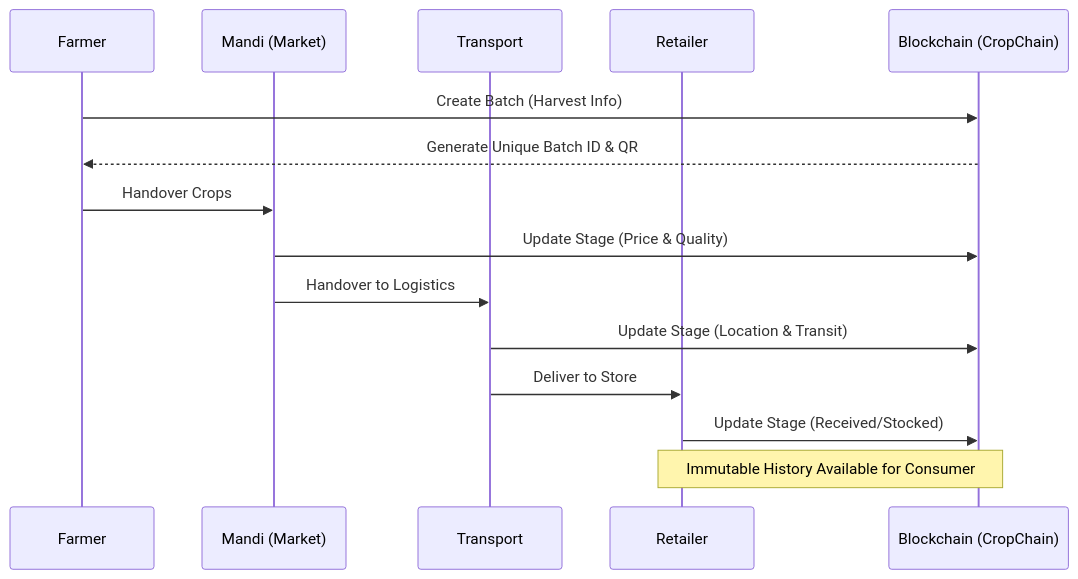
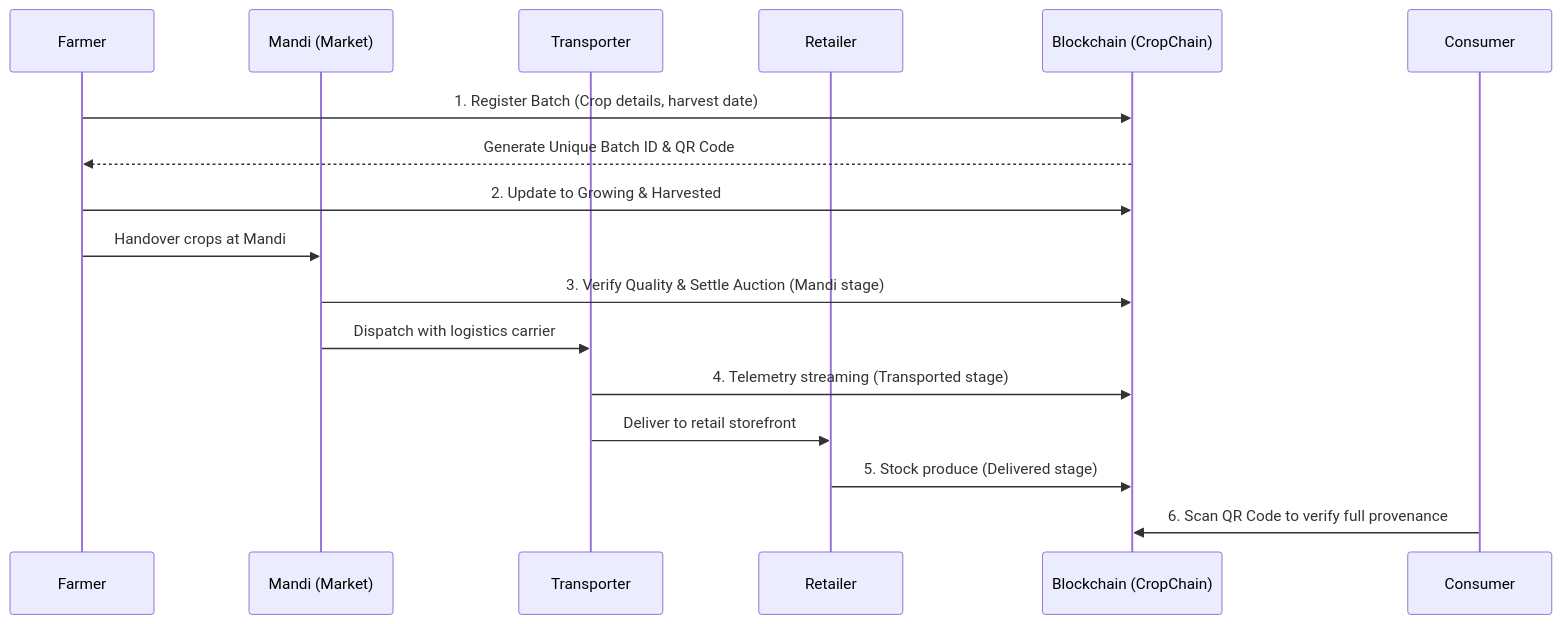
The second of 2 diagrams in README.md (Nitya-003/CropChain), drawn with Mermaid before and after one commit. The commit also changed other lines of this file, not shown here.

````diff
--- a/README.md
+++ b/README.md
@@ -363,18 +118,20 @@
 ```mermaid
 sequenceDiagram
     participant F as Farmer
     participant M as Mandi (Market)
-    participant T as Transport
+    participant T as Transporter
     participant R as Retailer
     participant B as Blockchain (CropChain)
+    participant C as Consumer
 
-    F->>B: Create Batch (Harvest Info)
-    B-->>F: Generate Unique Batch ID & QR
-    F->>M: Handover Crops
-    M->>B: Update Stage (Price & Quality)
-    M->>T: Handover to Logistics
-    T->>B: Update Stage (Location & Transit)
-    T->>R: Deliver to Store
-    R->>B: Update Stage (Received/Stocked)
-    Note over R,B: Immutable History Available for Consumer
+    F->>B: 1. Register Batch (Crop details, harvest date)
+    B-->>F: Generate Unique Batch ID & QR Code
+    F->>B: 2. Update to Growing & Harvested
+    F->>M: Handover crops at Mandi
+    M->>B: 3. Verify Quality & Settle Auction (Mandi stage)
+    M->>T: Dispatch with logistics carrier
+    T->>B: 4. Telemetry streaming (Transported stage)
+    T->>R: Deliver to retail storefront
+    R->>B: 5. Stock produce (Delivered stage)
+    C->>B: 6. Scan QR Code to verify full provenance
 ```
````
